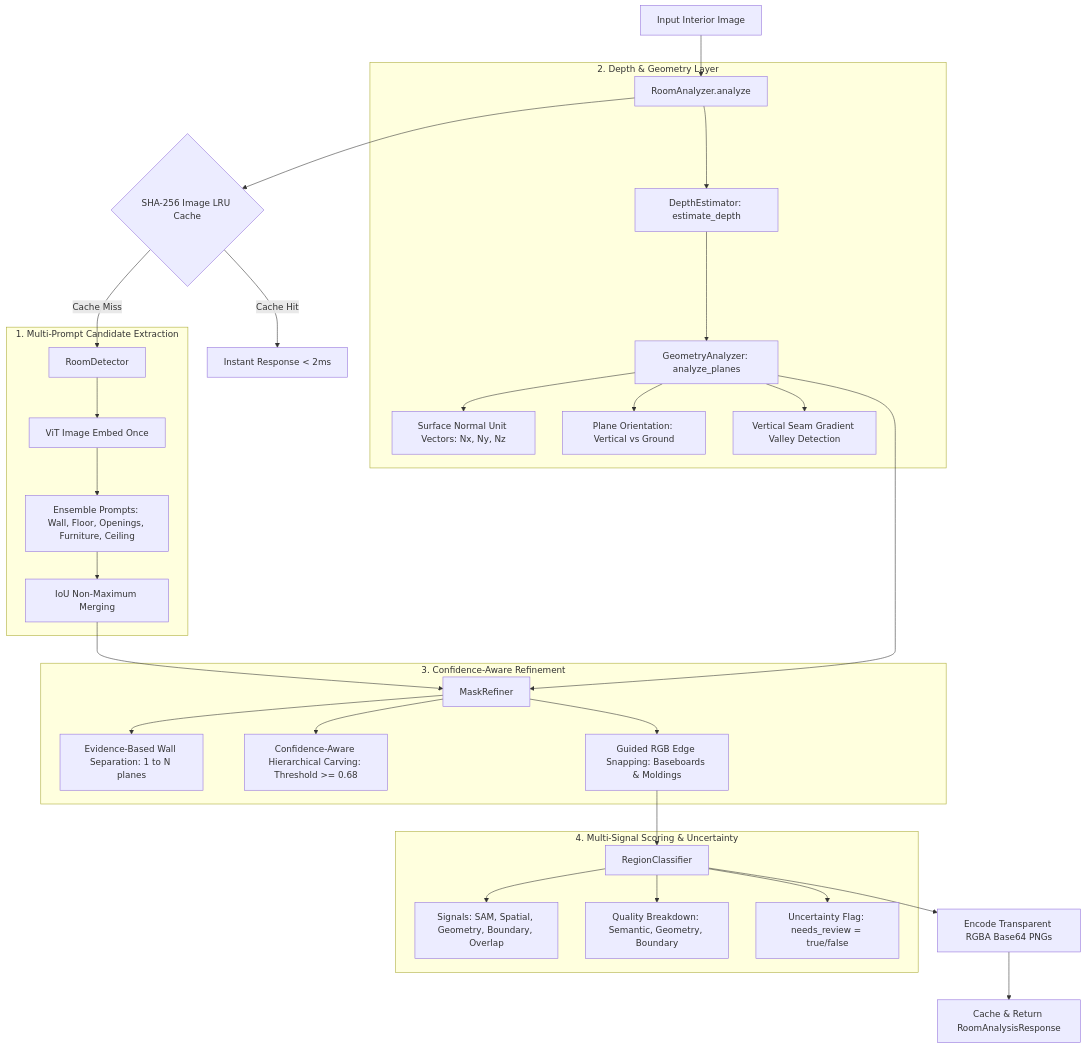
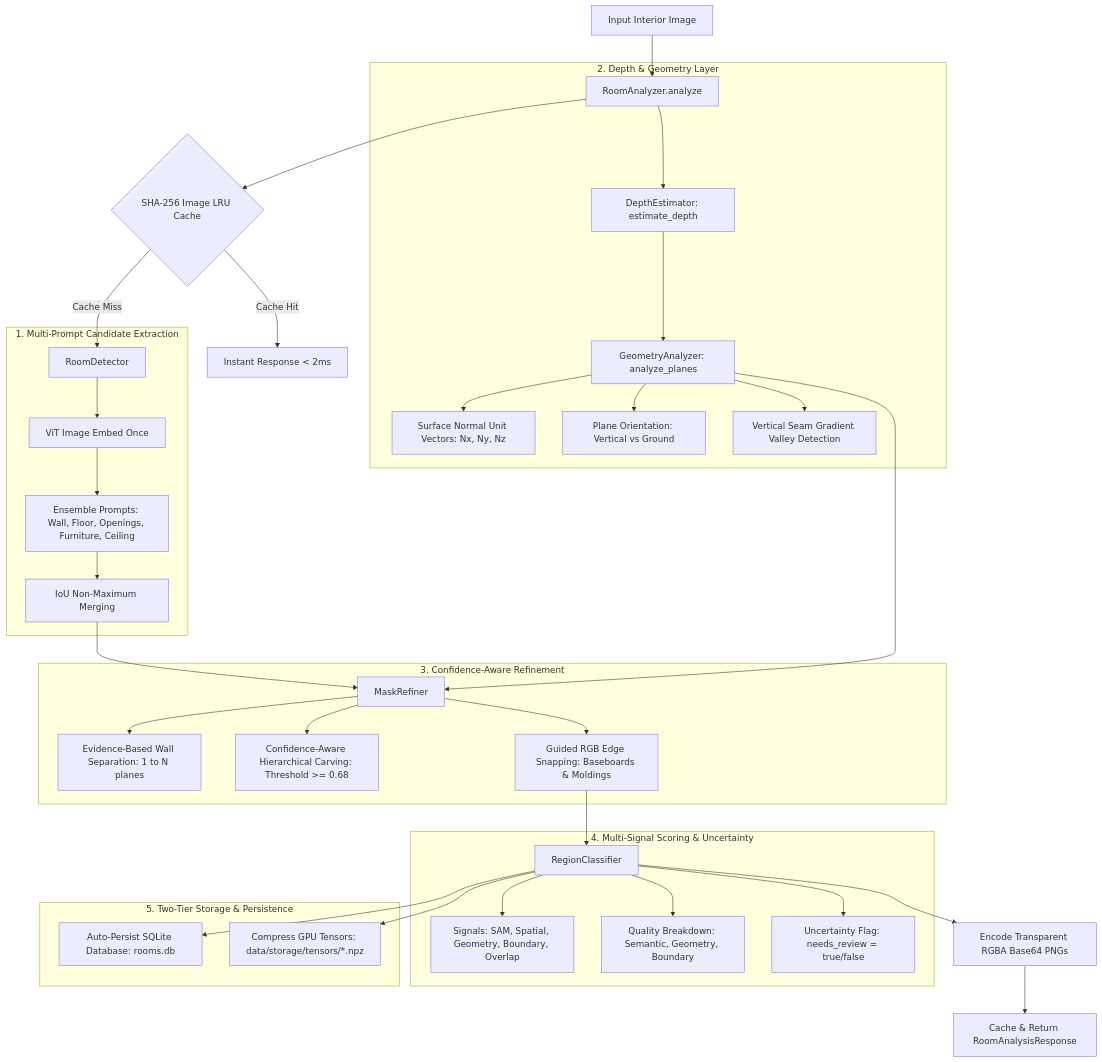
Before and after one commit to parameswarrout/sam3-vision-studio: the diagram in V2_ROOM_ANALYSIS.md, drawn with Mermaid. The commit also changed other lines of this file and 18 other files, not shown here.

Commit message:
feat(db/storage): implement production-grade two-tier storage, SQLAlchemy async WAL database & frontend history drawer

````diff
--- a/V2_ROOM_ANALYSIS.md
+++ b/V2_ROOM_ANALYSIS.md
@@ -18,38 +18,43 @@
 ```mermaid
 flowchart TD
     A[Input Interior Image] --> B[RoomAnalyzer.analyze]
     B --> C{SHA-256 Image LRU Cache}
     C -->|Cache Hit| D[Instant Response < 2ms]
     C -->|Cache Miss| E[RoomDetector]
 
     subgraph S1 [1. Multi-Prompt Candidate Extraction]
         E --> E1[ViT Image Embed Once]
         E1 --> E2[Ensemble Prompts: Wall, Floor, Openings, Furniture, Ceiling]
         E2 --> E3[IoU Non-Maximum Merging]
     end
 
     subgraph S2 [2. Depth & Geometry Layer]
         B --> F[DepthEstimator: estimate_depth]
         F --> G[GeometryAnalyzer: analyze_planes]
         G --> G1[Surface Normal Unit Vectors: Nx, Ny, Nz]
         G --> G2[Plane Orientation: Vertical vs Ground]
         G --> G3[Vertical Seam Gradient Valley Detection]
     end
 
     subgraph S3 [3. Confidence-Aware Refinement]
         E3 & G --> H[MaskRefiner]
         H --> H1[Evidence-Based Wall Separation: 1 to N planes]
         H --> H2[Confidence-Aware Hierarchical Carving: Threshold >= 0.68]
         H --> H3[Guided RGB Edge Snapping: Baseboards & Moldings]
     end
 
     subgraph S4 [4. Multi-Signal Scoring & Uncertainty]
         H3 --> I[RegionClassifier]
         I --> I1[Signals: SAM, Spatial, Geometry, Boundary, Overlap]
         I --> I2[Quality Breakdown: Semantic, Geometry, Boundary]
         I --> I3[Uncertainty Flag: needs_review = true/false]
     end
 
-    I --> J[Encode Transparent RGBA Base64 PNGs]
-    J --> K[Cache & Return RoomAnalysisResponse]
+    subgraph S5 [5. Two-Tier Storage & Persistence]
+        I --> J1[Auto-Persist SQLite Database: rooms.db]
+        I --> J2[Compress GPU Tensors: data/storage/tensors/*.npz]
+    end
+
+    I --> K[Encode Transparent RGBA Base64 PNGs]
+    K --> L[Cache & Return RoomAnalysisResponse]
 ```
````
